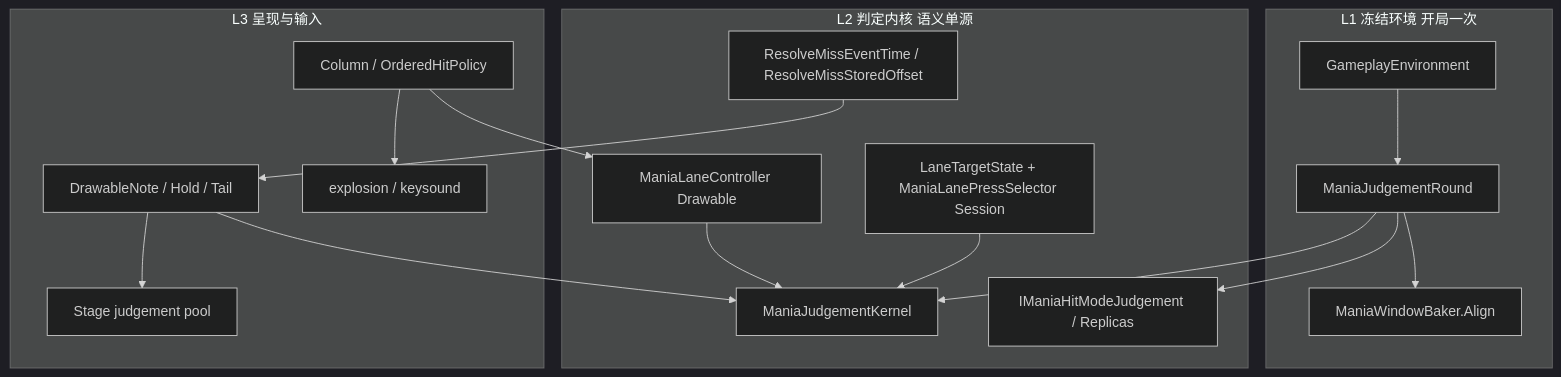
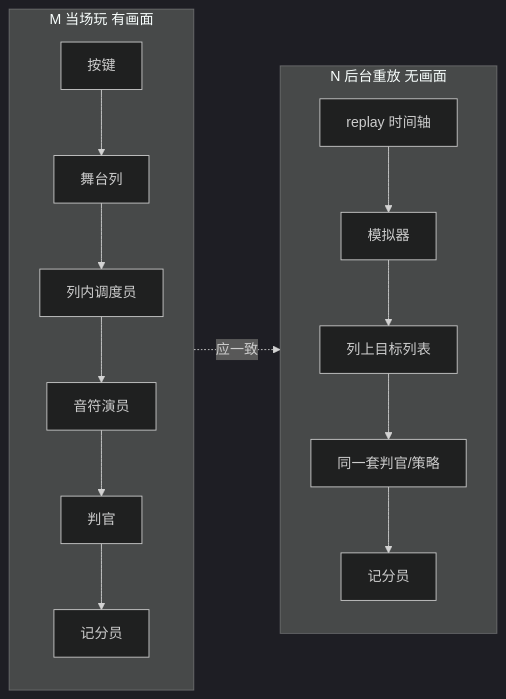
The diagram in osu.Game/EzOsuGame/Scoring/MANIA-JUDGEMENT-RUNTIME.md (zzzzv/osu), drawn with Mermaid (dark theme) before and after one commit. The commit also changed other lines of this file, not shown here.

First line of the commit message:
Rewrite Mania runtime doc for narrative and roles (v2).

````diff
--- a/osu.Game/EzOsuGame/Scoring/MANIA-JUDGEMENT-RUNTIME.md
+++ b/osu.Game/EzOsuGame/Scoring/MANIA-JUDGEMENT-RUNTIME.md
@@ -23,34 +50,19 @@
 ```mermaid
-flowchart TB
-    subgraph L1 [L1 冻结环境 开局一次]
-        ENV[GameplayEnvironment]
-        ROUND[ManiaJudgementRound]
-        BAKE[ManiaWindowBaker.Align]
+flowchart LR
+    subgraph M [M 当场玩 有画面]
+        Key[按键] --> Col[舞台列]
+        Col --> Lane[列内调度员]
+        Lane --> Note[音符演员]
+        Note --> Judge[判官]
+        Judge --> SP[记分员]
     end
 
-    subgraph L2 [L2 判定内核 语义单源]
-        KERN[ManiaJudgementKernel]
-        MAP[IManiaHitModeJudgement / Replicas]
-        LANE_M[ManiaLaneController Drawable]
-        LANE_N[LaneTargetState + ManiaLanePressSelector Session]
-        MISS_ALG[ResolveMissEventTime / ResolveMissStoredOffset]
+    subgraph N [N 后台重放 无画面]
+        Rep[replay 时间轴] --> Sim[模拟器]
+        Sim --> LaneN[列上目标列表]
+        LaneN --> Judge2[同一套判官/策略]
+        Judge2 --> SP2[记分员]
     end
 
-    subgraph L3 [L3 呈现与输入]
-        COL[Column / OrderedHitPolicy]
-        DHO[DrawableNote / Hold / Tail]
-        STG[Stage judgement pool]
-        FX[explosion / keysound]
-    end
-
-    ENV --> ROUND --> BAKE
-    ROUND --> KERN
-    ROUND --> MAP
-    COL --> LANE_M
-    LANE_M --> KERN
-    LANE_N --> KERN
-    DHO --> KERN
-    MISS_ALG --> DHO
-    COL --> FX
-    DHO --> STG
+    M -.->|应一致| N
 ```
````
